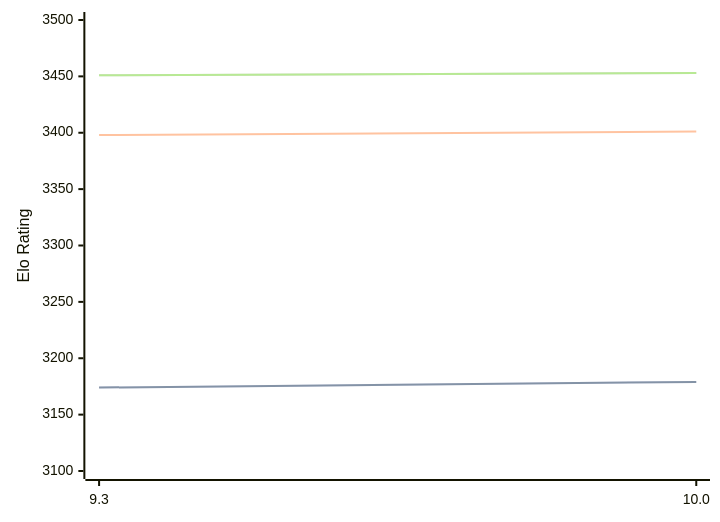
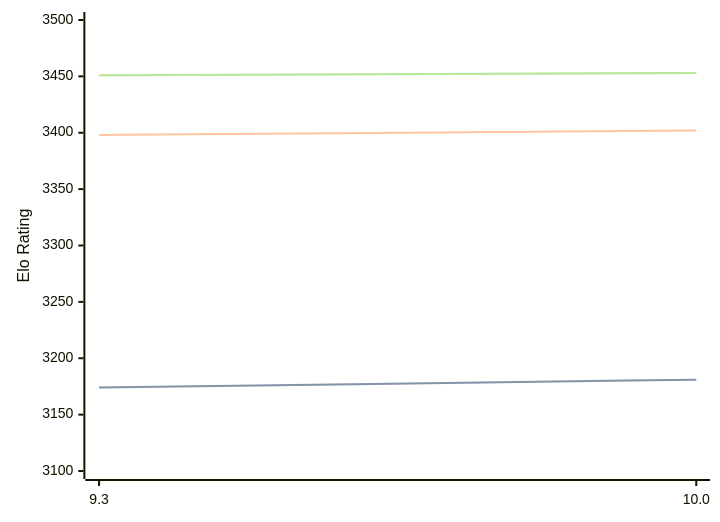
Before and after one commit to computer-chess-index/cci: the diagram in engines/Fire.md, drawn with Mermaid. The commit also changed other lines of this file, not shown here.

Commit message:
Update CCI Ratings (ELO VLTC) - 2026-04-10

````diff
--- a/engines/Fire.md
+++ b/engines/Fire.md
@@ -47,11 +47,11 @@
 ```mermaid
 %%{init: {"theme":"base","themeVariables":{"seriesColors:['#a3a3a3','#222221','#faa371']}}}%%
 xychart-beta
   x-axis ["9.3", "10.0"]
   y-axis "Elo Rating" 3100 --> 3500
-  line "STC (8.0+0.08s)" [3174, 3179]
-  line "STC (8.0+0.08s)" [3174, 3179]
-  line "LTC (60.0+0.60s)" [3398, 3401]
+  line "STC (8.0+0.08s)" [3174, 3181]
+  line "STC (8.0+0.08s)" [3174, 3181]
+  line "LTC (60.0+0.60s)" [3398, 3402]
   line "VLTC (2m24s+1.12s)" [3451, 3453]
   line "VLTC (2m24s+1.12s)" [3451, 3453]
 ```
````
